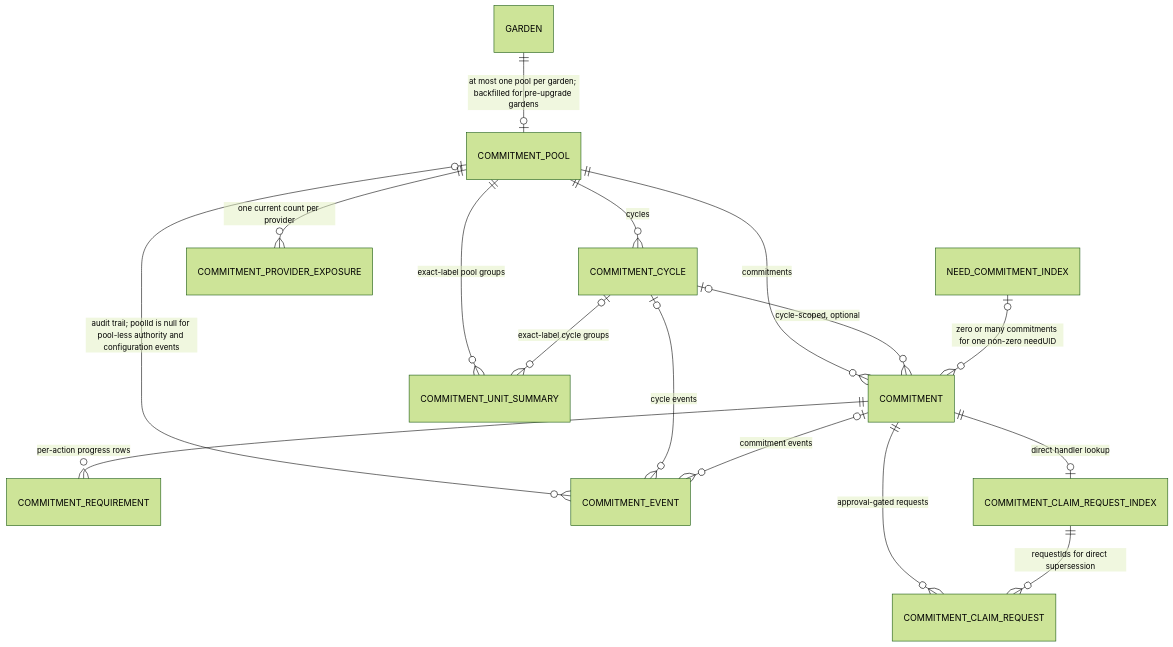
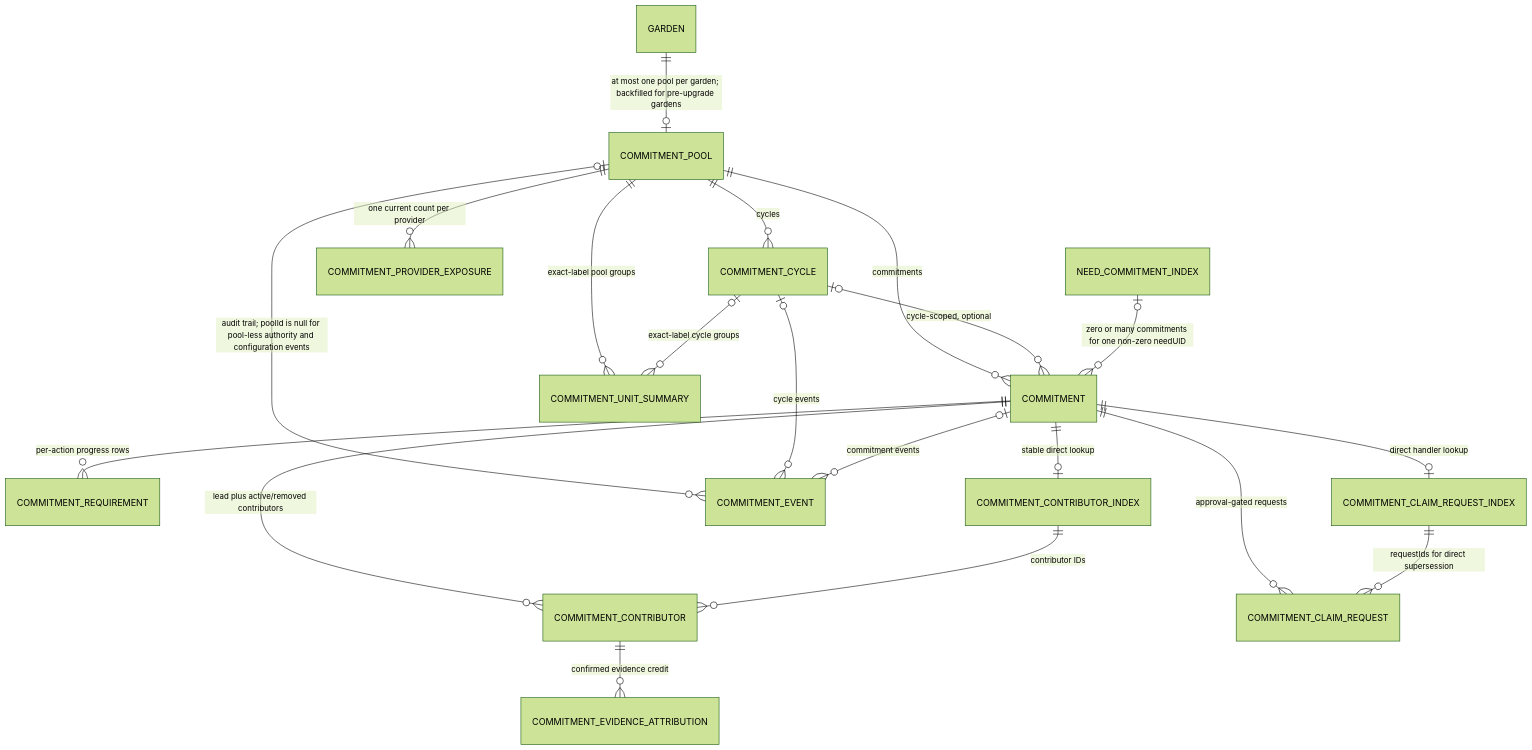
Diagram 14 of 35 in .plans/active/commitment-pooling/diagrams.md (greenpill-dev-guild/green-goods), drawn with Mermaid (forest theme) before and after one commit. The commit also changed other lines of this file and 40 other files, not shown here.

````diff
--- a/.plans/active/commitment-pooling/diagrams.md
+++ b/.plans/active/commitment-pooling/diagrams.md
@@ -642,18 +638,22 @@
 ```mermaid
 erDiagram
   GARDEN ||--o| COMMITMENT_POOL : "at most one pool per garden; backfilled for pre-upgrade gardens"
   COMMITMENT_POOL ||--o{ COMMITMENT_CYCLE : "cycles"
   COMMITMENT_POOL ||--o{ COMMITMENT : "commitments"
   COMMITMENT_CYCLE |o--o{ COMMITMENT : "cycle-scoped, optional"
   COMMITMENT ||--o{ COMMITMENT_REQUIREMENT : "per-action progress rows"
+  COMMITMENT ||--o{ COMMITMENT_CONTRIBUTOR : "lead plus active/removed contributors"
+  COMMITMENT ||--o| COMMITMENT_CONTRIBUTOR_INDEX : "stable direct lookup"
+  COMMITMENT_CONTRIBUTOR_INDEX ||--o{ COMMITMENT_CONTRIBUTOR : "contributor IDs"
+  COMMITMENT_CONTRIBUTOR ||--o{ COMMITMENT_EVIDENCE_ATTRIBUTION : "confirmed evidence credit"
   COMMITMENT_POOL |o--o{ COMMITMENT_EVENT : "audit trail; poolId is null for pool-less authority and configuration events"
   COMMITMENT_CYCLE |o--o{ COMMITMENT_EVENT : "cycle events"
   COMMITMENT |o--o{ COMMITMENT_EVENT : "commitment events"
   COMMITMENT ||--o{ COMMITMENT_CLAIM_REQUEST : "approval-gated requests"
   COMMITMENT ||--o| COMMITMENT_CLAIM_REQUEST_INDEX : "direct handler lookup"
   COMMITMENT_CLAIM_REQUEST_INDEX ||--o{ COMMITMENT_CLAIM_REQUEST : "requestIds for direct supersession"
   COMMITMENT_POOL ||--o{ COMMITMENT_UNIT_SUMMARY : "exact-label pool groups"
   COMMITMENT_CYCLE |o--o{ COMMITMENT_UNIT_SUMMARY : "exact-label cycle groups"
   COMMITMENT_POOL ||--o{ COMMITMENT_PROVIDER_EXPOSURE : "one current count per provider"
   NEED_COMMITMENT_INDEX |o--o{ COMMITMENT : "zero or many commitments for one non-zero needUID"
 ```
````
